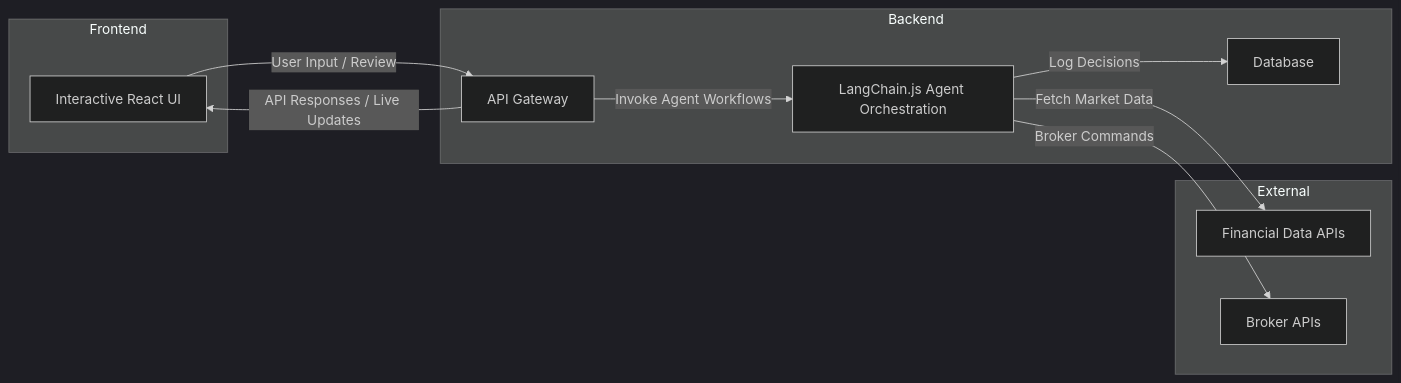
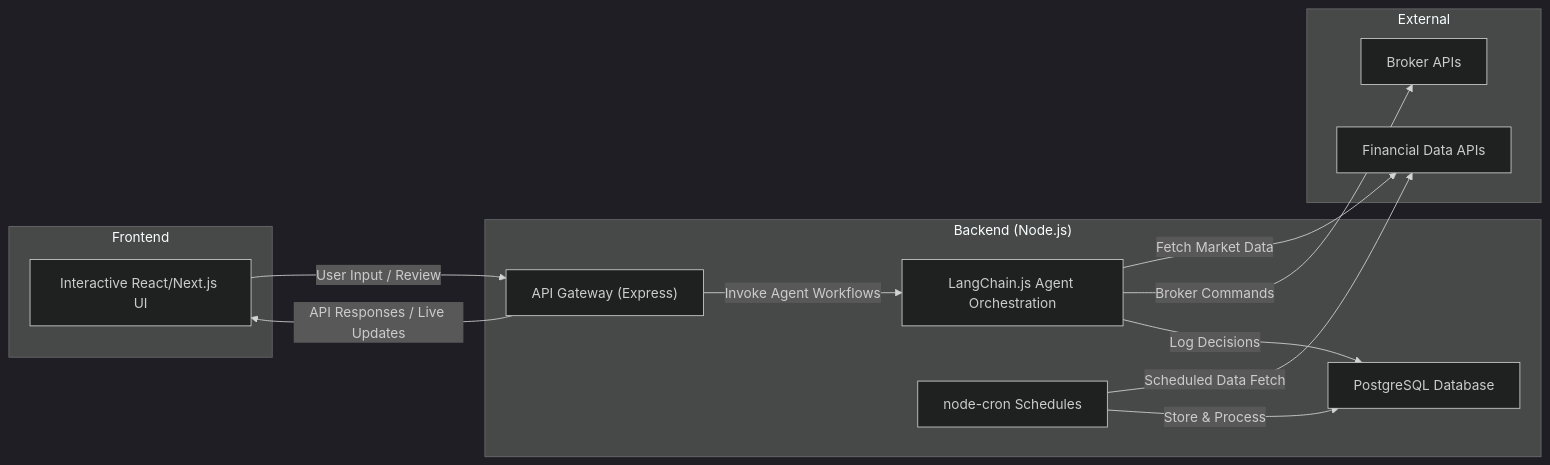
One commit to CambridgeMonorail/erisfy changed the diagram in docs/specs/05 - TRD.md. Above: the diagram before and after it, drawn with Mermaid (dark theme). The commit also changed other lines of this file and 2 other files, not shown here.

Commit message:
docs(architecture): add documentation for modular agent architecture with weighted filters and rule sets

````diff
--- a/docs/specs/05 - TRD.md
+++ b/docs/specs/05 - TRD.md
@@ -176,24 +222,27 @@
 ```mermaid
 flowchart LR
     subgraph "Frontend"
-        A["Interactive React UI"]
+        A["Interactive React/Next.js UI"]
     end
 
-    subgraph "Backend"
-        B["API Gateway"]
+    subgraph "Backend (Node.js)"
+        B["API Gateway (Express)"]
         C["LangChain.js Agent Orchestration"]
-        D["Database"]
+        D["PostgreSQL Database"]
+        G["node-cron Schedules"]
     end
 
     subgraph "External"
         E["Financial Data APIs"]
         F["Broker APIs"]
     end
 
     A --"User Input / Review"--> B
     B --"API Responses / Live Updates"--> A
     B --"Invoke Agent Workflows"--> C
     C --"Fetch Market Data"--> E
     C --"Broker Commands"--> F
     C --"Log Decisions"--> D
+    G --"Scheduled Data Fetch"--> E
+    G --"Store & Process"--> D
 ```
````
